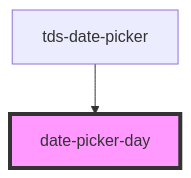
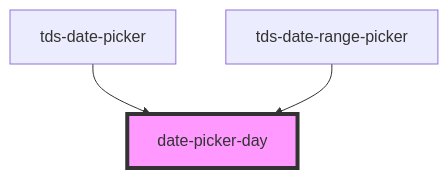
One commit to scania-digital-design-system/tegel changed the diagram in packages/core/src/components/date-picker/day/readme.md. Above: the diagram before and after it, drawn with Mermaid. The commit also changed other lines of this file and 17 other files, not shown here.

````diff
--- a/packages/core/src/components/date-picker/day/readme.md
+++ b/packages/core/src/components/date-picker/day/readme.md
@@ -24,5 +30,6 @@
 ```mermaid
 graph TD;
   tds-date-picker --> date-picker-day
+  tds-date-range-picker --> date-picker-day
   style date-picker-day fill:#f9f,stroke:#333,stroke-width:4px
 ```
````
